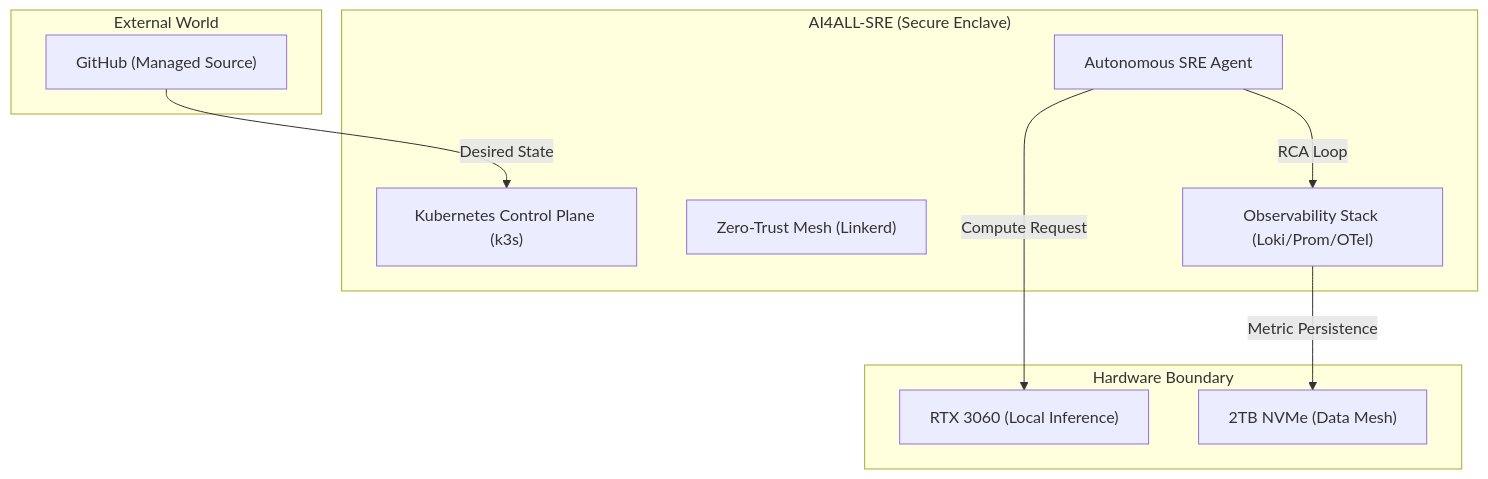
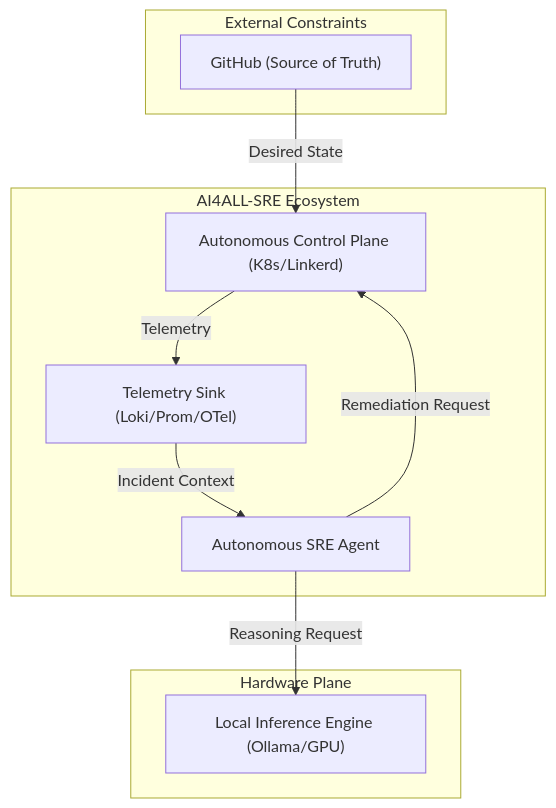
Before and after one commit to fbscotta369/ai4all-sre: the first of 2 diagrams in ARCHITECTURE.md, drawn with Mermaid. The commit also changed other lines of this file and 2 other files, not shown here.

Commit message:
docs: principal SRE architect overhaul (Google standard, C4 model, ADR-002)

````diff
--- a/ARCHITECTURE.md
+++ b/ARCHITECTURE.md
@@ -9,23 +9,22 @@
 ```mermaid
 graph TD
-    subgraph "External World"
-        GitHub["GitHub (Managed Source)"]
+    subgraph "External Constraints"
+        GH["GitHub (Source of Truth)"]
     end
 
-    subgraph "AI4ALL-SRE (Secure Enclave)"
-        K8s["Kubernetes Control Plane (k3s)"]
-        Mesh["Zero-Trust Mesh (Linkerd)"]
+    subgraph "AI4ALL-SRE Ecosystem"
+        CP["Autonomous Control Plane (K8s/Linkerd)"]
         Agent["Autonomous SRE Agent"]
-        Stack["Observability Stack (Loki/Prom/OTel)"]
+        Sink["Telemetry Sink (Loki/Prom/OTel)"]
     end
 
-    subgraph "Hardware Boundary"
-        GPU["RTX 3060 (Local Inference)"]
-        Disk["2TB NVMe (Data Mesh)"]
+    subgraph "Hardware Plane"
+        Inference["Local Inference Engine (Ollama/GPU)"]
     end
 
-    GitHub -->|Desired State| K8s
-    Agent -->|RCA Loop| Stack
-    Agent -->|Compute Request| GPU
-    Stack -->|Metric Persistence| Disk
+    GH -->|Desired State| CP
+    CP -->|Telemetry| Sink
+    Sink -->|Incident Context| Agent
+    Agent -->|Remediation Request| CP
+    Agent -->|Reasoning Request| Inference
 ```
````
